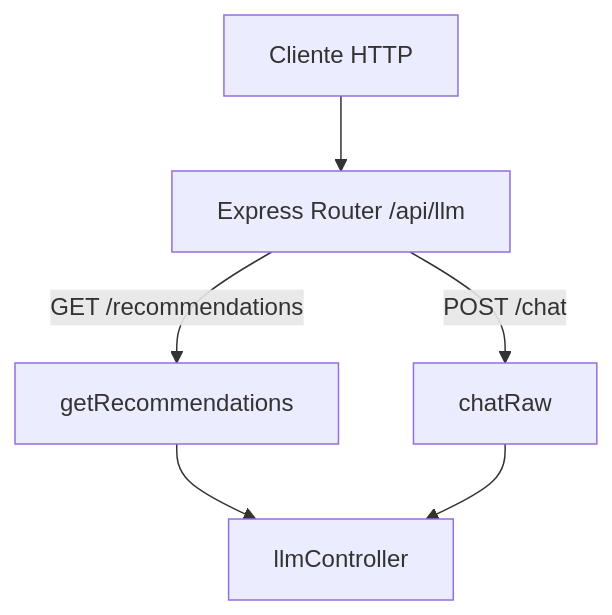
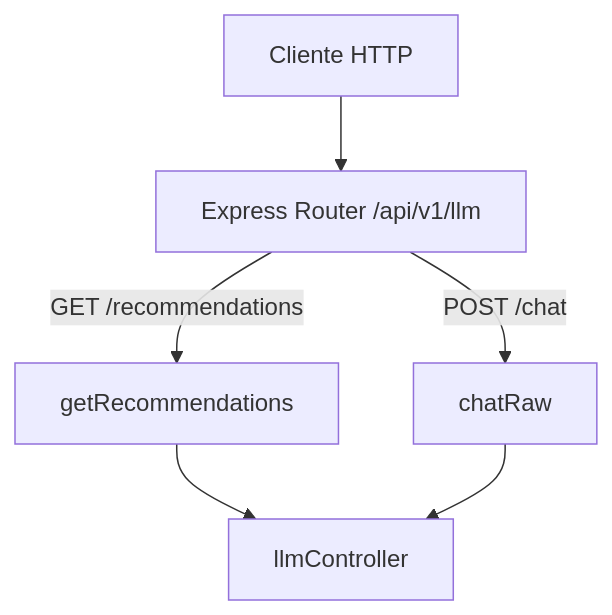
Before and after one commit to Syntel-Labs/study-task-insights: the diagram in docs/code/server/routes/llmRoutes.md, drawn with Mermaid. The commit also changed other lines of this file and 29 other files, not shown here.

````diff
--- a/docs/code/server/routes/llmRoutes.md
+++ b/docs/code/server/routes/llmRoutes.md
@@ -15,7 +15,7 @@
 ```mermaid
 flowchart TD
-  A[Cliente HTTP] --> B[Express Router /api/llm]
+  A[Cliente HTTP] --> B[Express Router /api/v1/llm]
   B -->|GET /recommendations| C[getRecommendations]
   B -->|POST /chat| D[chatRaw]
   C & D --> E[llmController]
 ```
````
